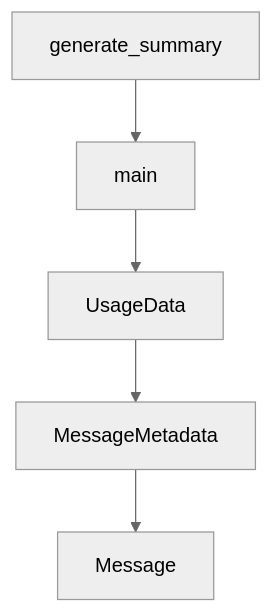
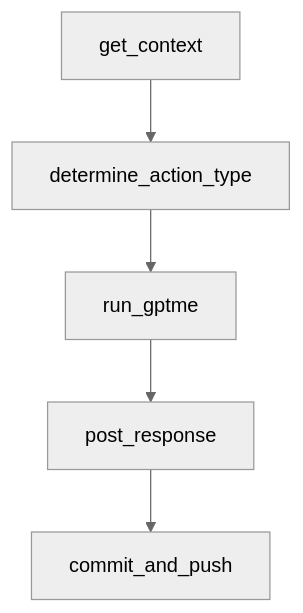
Before and after one commit to johnxie/awesome-code-docs: the diagram in tutorials/gptme-tutorial/04-configuration-layers-and-environment-strategy.md, drawn with Mermaid (neutral theme). The commit also changed other lines of this file and 1232 other files, not shown here.

````diff
--- a/tutorials/gptme-tutorial/04-configuration-layers-and-environment-strategy.md
+++ b/tutorials/gptme-tutorial/04-configuration-layers-and-environment-strategy.md
@@ -210,12 +208,12 @@
 ```mermaid
 flowchart TD
-    A[generate_summary]
-    B[main]
-    C[UsageData]
-    D[MessageMetadata]
-    E[Message]
+    A[get_context]
+    B[determine_action_type]
+    C[run_gptme]
+    D[post_response]
+    E[commit_and_push]
     A --> B
     B --> C
     C --> D
     D --> E
 ```
````
